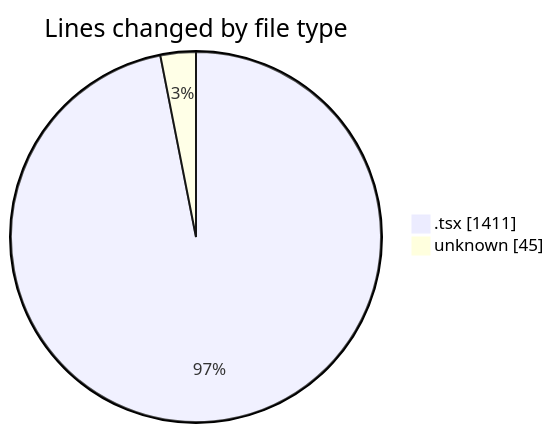
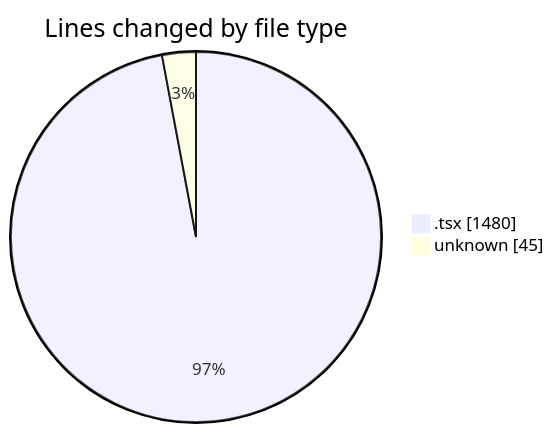
One commit to momahboobian/code-tracking changed the first of 2 diagrams in 2025-09-01/cda/README.md. Above: the diagram before and after it, drawn with Mermaid. The commit also changed other lines of this file and 1 other file, not shown here.

````diff
--- a/2025-09-01/cda/README.md
+++ b/2025-09-01/cda/README.md
@@ -24,6 +24,6 @@
 ```mermaid
 pie showData
 title Lines changed by file type
-".tsx" : 1411
+".tsx" : 1480
 "unknown" : 45
 ```
````
